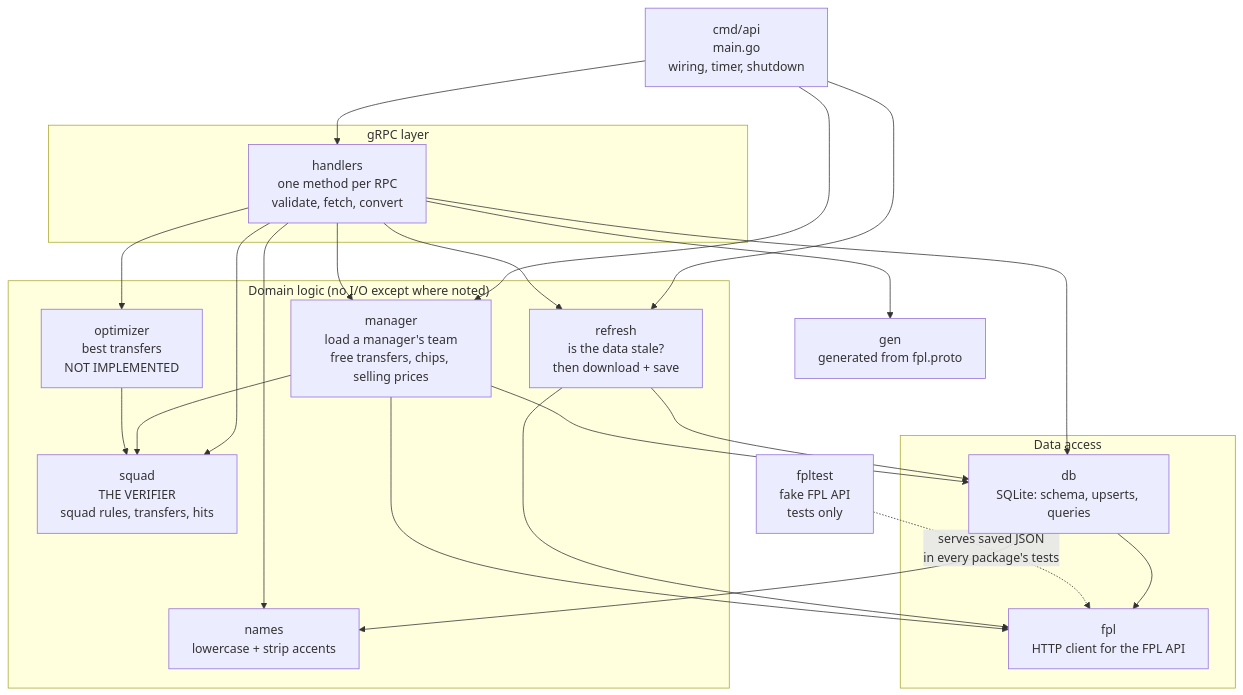
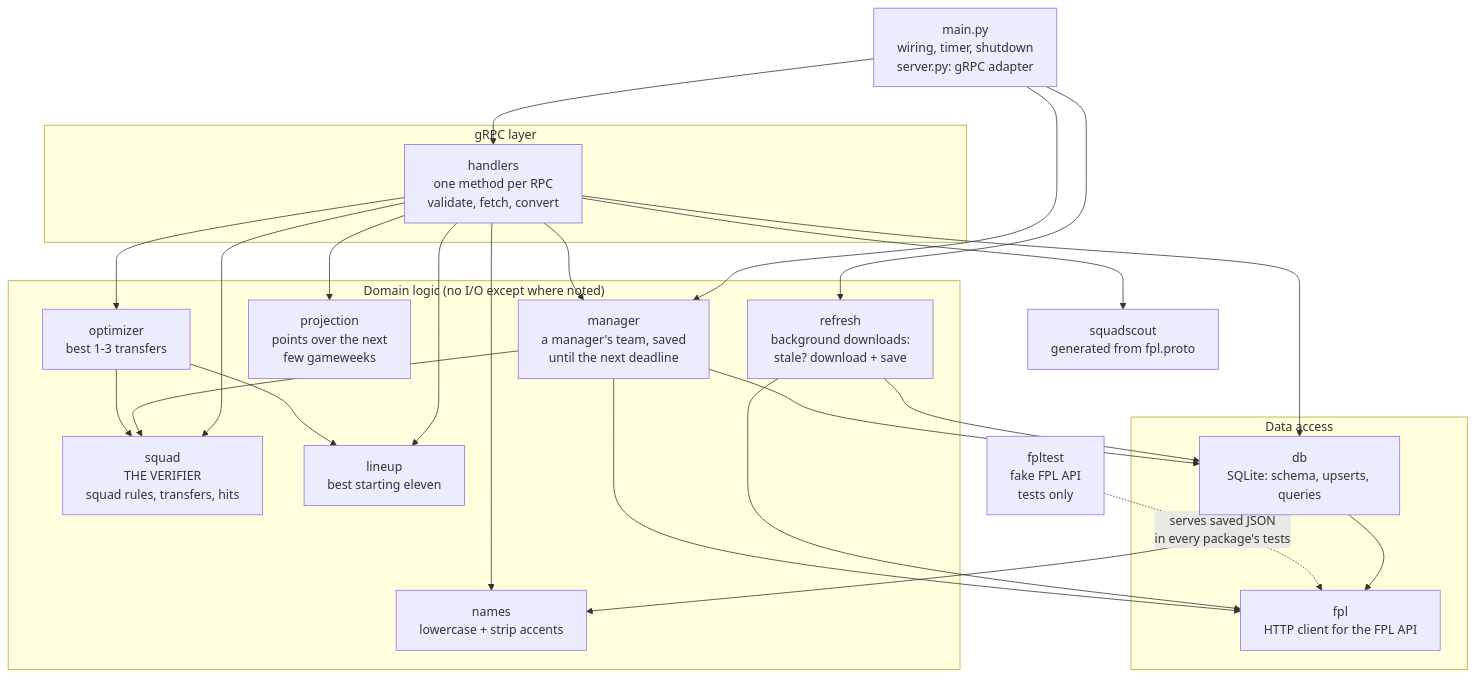
The second of 13 diagrams in docs/architecture.md (KaartikeyNatrajan/SquadScout), drawn with Mermaid before and after one commit. The commit also changed other lines of this file and 188 other files, not shown here.

````diff
--- a/docs/architecture.md
+++ b/docs/architecture.md
@@ -78,44 +83,48 @@
 ```mermaid
 flowchart TB
-    main["cmd/api<br/>main.go<br/>wiring, timer, shutdown"]
+    main["main.py<br/>wiring, timer, shutdown<br/>server.py: gRPC adapter"]
 
     subgraph l1["gRPC layer"]
         handlers["handlers<br/>one method per RPC<br/>validate, fetch, convert"]
     end
 
     subgraph l2["Domain logic (no I/O except where noted)"]
-        refresh["refresh<br/>is the data stale?<br/>then download + save"]
-        manager["manager<br/>load a manager's team<br/>free transfers, chips, selling prices"]
+        refresh["refresh<br/>background downloads:<br/>stale? download + save"]
+        manager["manager<br/>a manager's team, saved<br/>until the next deadline"]
         squad["squad<br/>THE VERIFIER<br/>squad rules, transfers, hits"]
-        optimizer["optimizer<br/>best transfers<br/>NOT IMPLEMENTED"]
+        lineup["lineup<br/>best starting eleven"]
+        projection["projection<br/>points over the next<br/>few gameweeks"]
+        optimizer["optimizer<br/>best 1-3 transfers"]
         names["names<br/>lowercase + strip accents"]
     end
 
     subgraph l3["Data access"]
         db["db<br/>SQLite: schema, upserts, queries"]
         fpl["fpl<br/>HTTP client for the FPL API"]
     end
 
-    gen["gen<br/>generated from fpl.proto"]
+    gen["squadscout<br/>generated from fpl.proto"]
     fpltest["fpltest<br/>fake FPL API<br/>tests only"]
 
     main --> handlers
     main --> refresh
     main --> manager
-    handlers --> refresh
     handlers --> manager
     handlers --> squad
     handlers --> optimizer
+    handlers --> lineup
+    handlers --> projection
     handlers --> db
     handlers --> gen
     handlers --> names
     refresh --> fpl
     refresh --> db
     manager --> fpl
     manager --> db
     manager --> squad
     optimizer --> squad
+    optimizer --> lineup
     db --> names
     db --> fpl
     fpltest -.->|"serves saved JSON<br/>in every package's tests"| fpl
 ```
````
